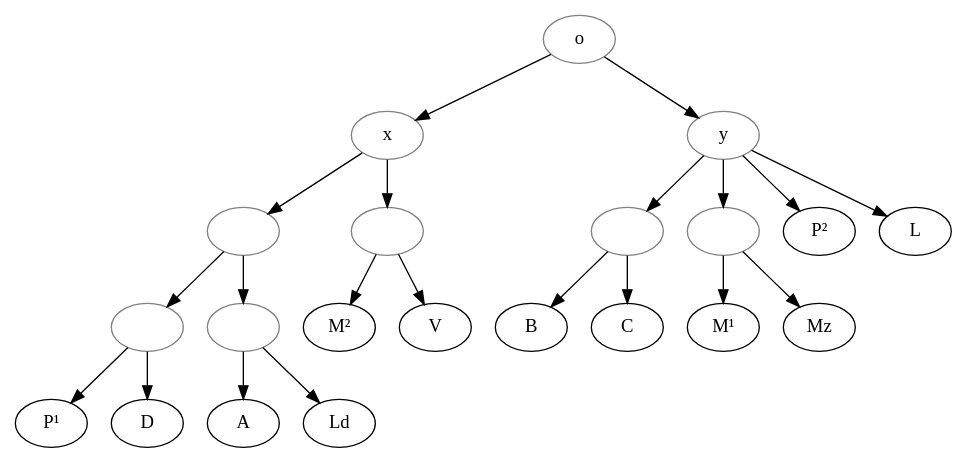
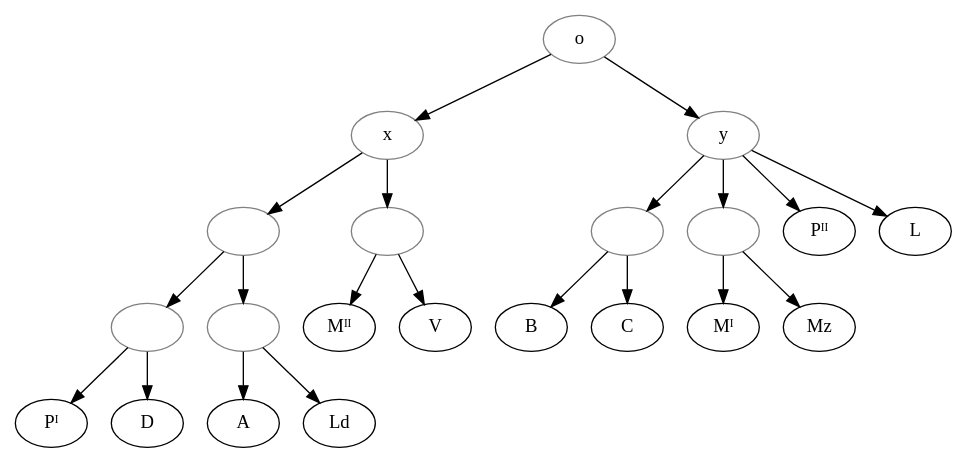
One commit to OpenStemmata/database changed the diagram in data/fro/Korte_1914_RenMont2/stemma.gv. Above: the diagram before and after it, drawn with Graphviz. The commit also changed 5 other files, not shown here.

```diff
--- a/data/fro/Korte_1914_RenMont2/stemma.gv
+++ b/data/fro/Korte_1914_RenMont2/stemma.gv
@@ -1,38 +1,38 @@
 digraph {
 
     o[color="grey"];
     x[color="grey"];
     y[color="grey"];
     1[color="grey", label=""];
     2[color="grey", label=""];
     3[color="grey", label=""];
     4[color="grey", label=""];
     5[color="grey", label=""];
     6[color="grey", label=""];
-    P1[label="P¹"]
-    M1[label="M¹"]
-    P2[label="P²"]
-    M2[label="M²"]
+    P1[label="Pᴵ"]
+    M1[label="Mᴵ"]
+    P2[label="Pᴵᴵ"]
+    M2[label="Mᴵᴵ"]
 
     o->y;
     y->1;
     1->B;
     1->C;
     y->L;
     y->P2;
     y->2;
     2->Mz;
     2->M1;
     o->x;
     x->3;
     3->4;
     4->P1;
     4->D;
     3->5;
     5->A;
     5->Ld;
     x->6;
     6->V;
     6->M2;
     
 }
```
